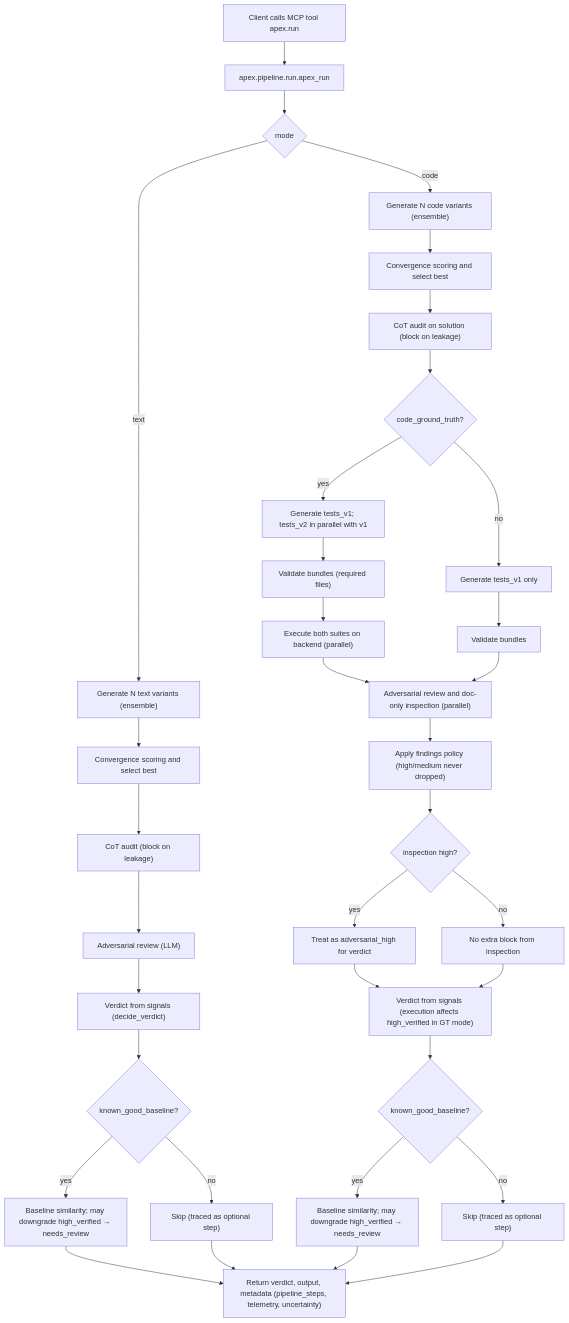
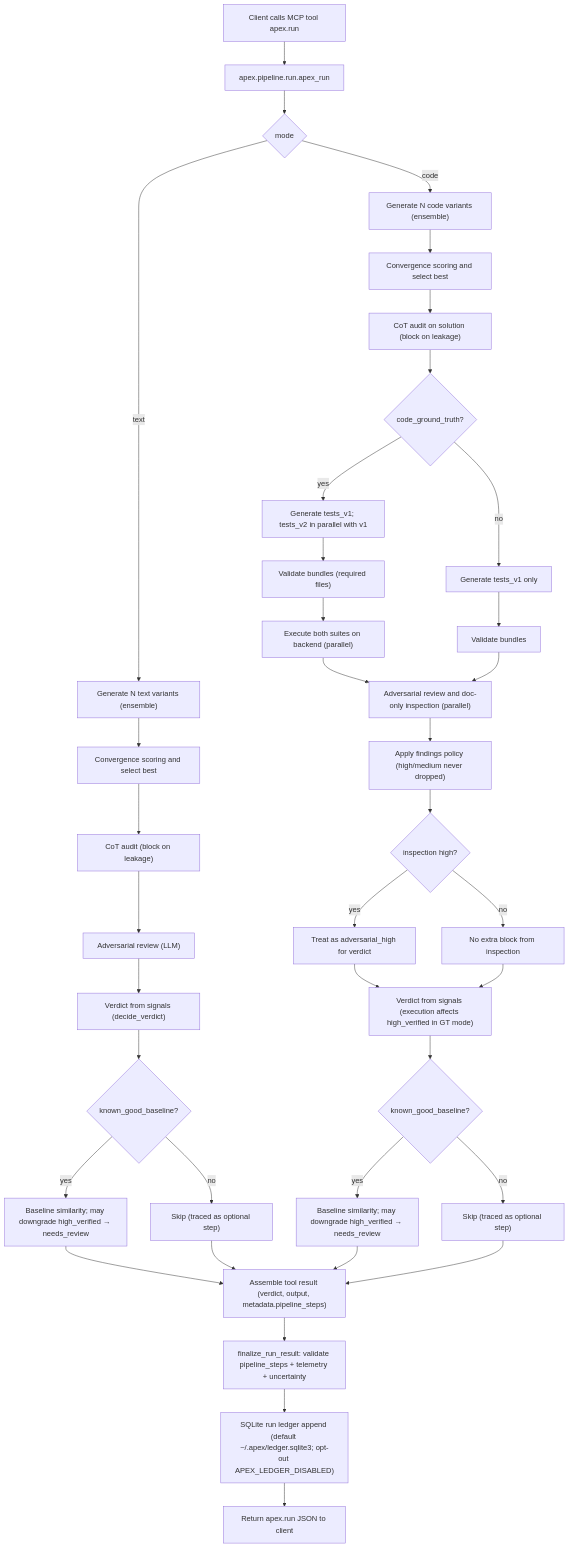
The diagram in docs/flow.md (Alphabetsoup16/apex), drawn with Mermaid before and after one commit. The commit also changed other lines of this file and 20 other files, not shown here.

First line of the commit message:
feat: SQLite run ledger, apex ledger CLI, docs and flow chart

````diff
--- a/docs/flow.md
+++ b/docs/flow.md
@@ -5,39 +5,43 @@
 ```mermaid
 flowchart TD
   A["Client calls MCP tool apex.run"] --> B["apex.pipeline.run.apex_run"]
 
   B --> C{mode}
   C -->|text| T1["Generate N text variants (ensemble)"]
   T1 --> T2["Convergence scoring and select best"]
   T2 --> T3["CoT audit (block on leakage)"]
   T3 --> T4["Adversarial review (LLM)"]
   T4 --> T8["Verdict from signals (decide_verdict)"]
   T8 --> T5{known_good_baseline?}
   T5 -->|yes| T6["Baseline similarity; may downgrade high_verified → needs_review"]
   T5 -->|no| T7["Skip (traced as optional step)"]
-  T6 --> OUT["Return verdict, output, metadata (pipeline_steps, telemetry, uncertainty)"]
-  T7 --> OUT
+  T6 --> OUTA["Assemble tool result (verdict, output, metadata.pipeline_steps)"]
+  T7 --> OUTA
 
   C -->|code| C1["Generate N code variants (ensemble)"]
   C1 --> C2["Convergence scoring and select best"]
   C2 --> C3["CoT audit on solution (block on leakage)"]
   C3 --> C4{code_ground_truth?}
   C4 -->|yes| C5["Generate tests_v1; tests_v2 in parallel with v1"]
   C5 --> C6["Validate bundles (required files)"]
   C6 --> C7["Execute both suites on backend (parallel)"]
   C4 -->|no| C8["Generate tests_v1 only"]
   C8 --> C9["Validate bundles"]
   C7 --> C10["Adversarial review and doc-only inspection (parallel)"]
   C9 --> C10
   C10 --> C10b["Apply findings policy (high/medium never dropped)"]
   C10b --> C11{inspection high?}
   C11 -->|yes| C12["Treat as adversarial_high for verdict"]
   C11 -->|no| C13["No extra block from inspection"]
   C12 --> C14["Verdict from signals (execution affects high_verified in GT mode)"]
   C13 --> C14
   C14 --> C15{known_good_baseline?}
   C15 -->|yes| C16["Baseline similarity; may downgrade high_verified → needs_review"]
   C15 -->|no| C17["Skip (traced as optional step)"]
-  C16 --> OUT
-  C17 --> OUT
+  C16 --> OUTA
+  C17 --> OUTA
+
+  OUTA --> FIN["finalize_run_result: validate pipeline_steps + telemetry + uncertainty"]
+  FIN --> LED["SQLite run ledger append (default ~/.apex/ledger.sqlite3; opt-out APEX_LEDGER_DISABLED)"]
+  LED --> RET["Return apex.run JSON to client"]
 ```
````
